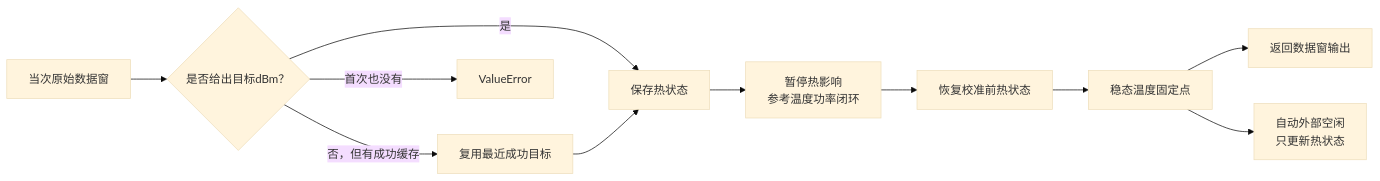
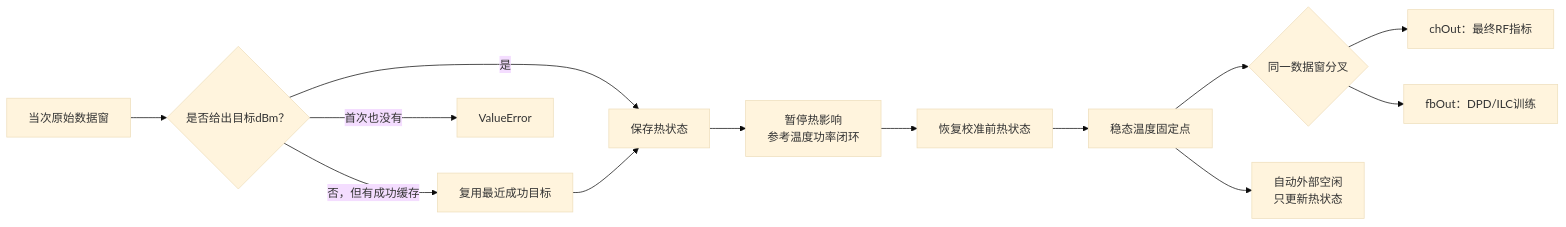
The ninth of 9 diagrams in doc/Channel.md (niyilu45/DPD_ILC), drawn with Mermaid (base theme) before and after one commit. The commit also changed other lines of this file and 19 other files, not shown here.

Commit message:
Return channel and feedback outputs

````diff
--- a/doc/Channel.md
+++ b/doc/Channel.md
@@ -2678,13 +2688,15 @@
 ```mermaid
 flowchart LR
     raw["当次原始数据窗"] --> target{"是否给出目标dBm？"}
     target -->|"是"| snapshot["保存热状态"]
     target -->|"否，但有成功缓存"| cached["复用最近成功目标"]
     target -->|"首次也没有"| error["ValueError"]
     cached --> snapshot
     snapshot --> calibrate["暂停热影响<br/>参考温度功率闭环"]
     calibrate --> restore["恢复校准前热状态"]
     restore --> solve["稳态温度固定点"]
-    solve --> data["返回数据窗输出"]
+    solve --> branch{"同一数据窗分叉"}
+    branch --> channelOutput["chOut：最终RF指标"]
+    branch --> feedbackOutput["fbOut：DPD/ILC训练"]
     solve --> idle["自动外部空闲<br/>只更新热状态"]
 ```
````
